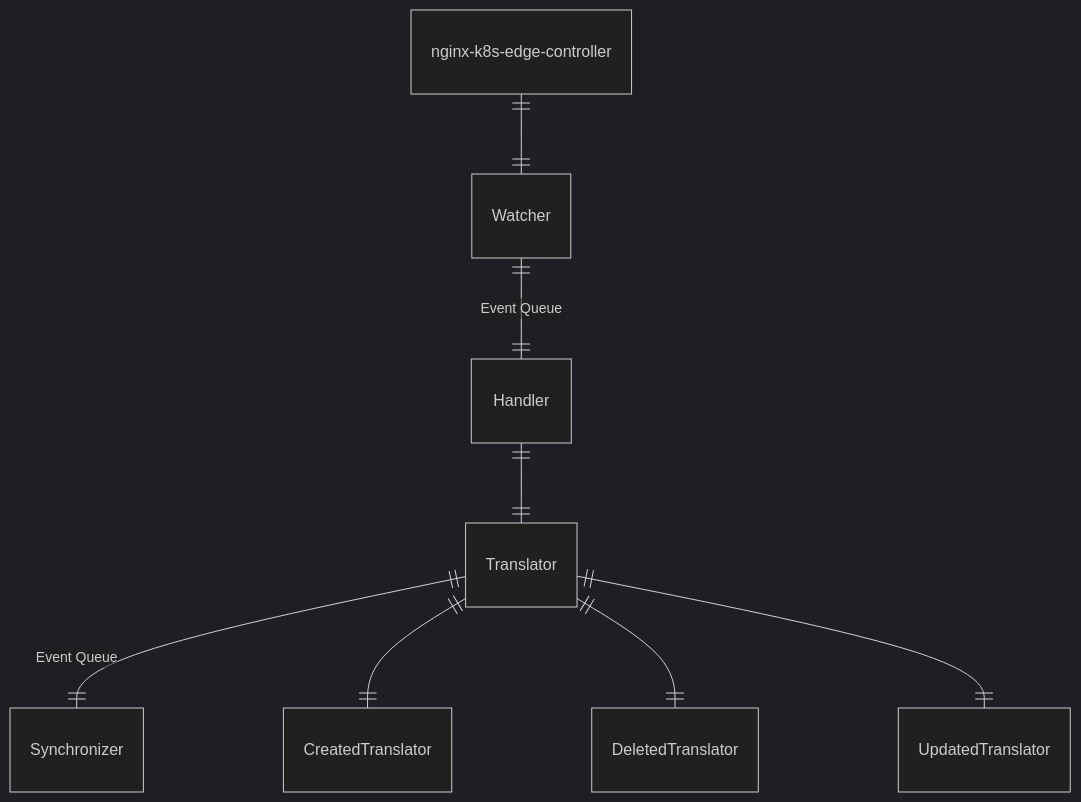
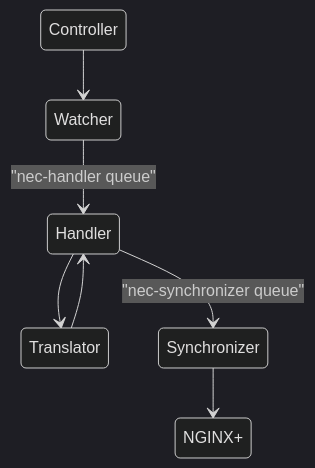
One commit to nginxinc/nginx-loadbalancer-kubernetes changed the diagram in DESIGN.md. Above: the diagram before and after it, drawn with Mermaid (dark theme). The commit also changed other lines of this file, not shown here.

````diff
--- a/DESIGN.md
+++ b/DESIGN.md
@@ -12,10 +12,9 @@
 ```mermaid
-erDiagram
-    nginx-k8s-edge-controller ||--|| Watcher : ""
-    Watcher ||--|| Handler : "Event Queue"
-    Handler ||--|| Translator : ""
-    Translator ||--|| Synchronizer : "Event Queue"
-    Translator ||--|| CreatedTranslator : ""
-    Translator ||--|| DeletedTranslator : ""
-    Translator ||--|| UpdatedTranslator : ""
+stateDiagram-v2
+    Controller --> Watcher 
+    Watcher --> Handler : "nec-handler queue"
+    Handler --> Translator
+    Translator --> Handler
+    Handler --> Synchronizer : "nec-synchronizer queue"
+    Synchronizer --> NGINX+
 ```
````
